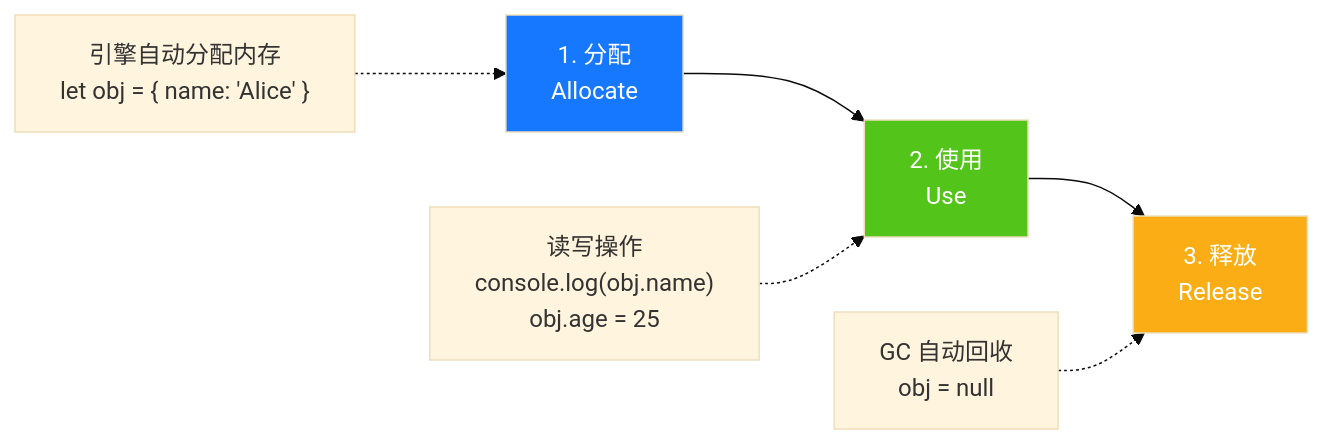
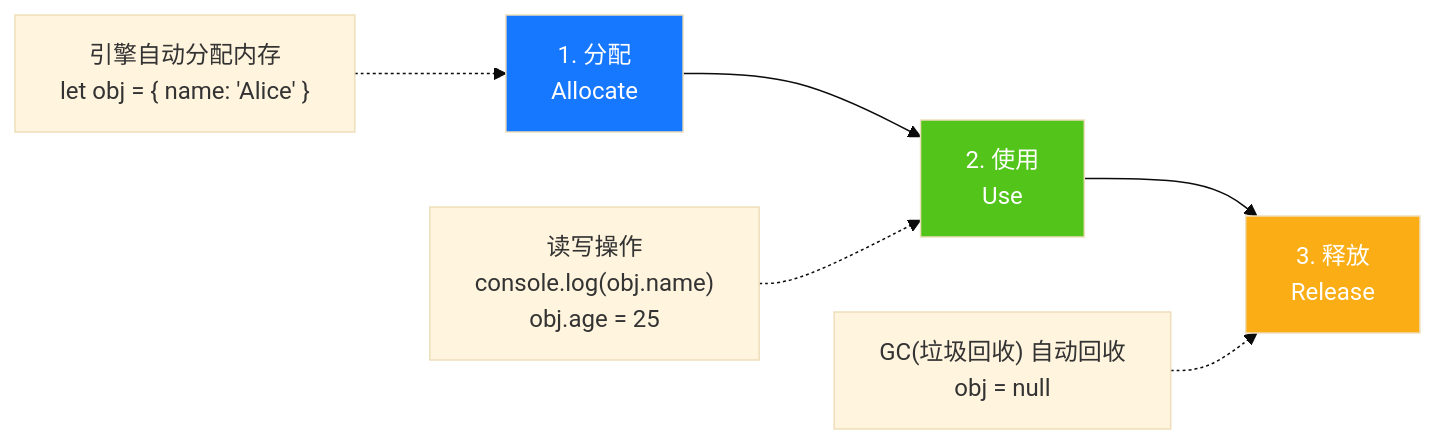
Before and after one commit to mansteinr/note-book: the first of 17 diagrams in JavaScript/JavaScript垃圾回收机制详解.md, drawn with Mermaid (base theme). The commit also changed other lines of this file, not shown here.

````diff
--- a/JavaScript/JavaScript垃圾回收机制详解.md
+++ b/JavaScript/JavaScript垃圾回收机制详解.md
@@ -120,13 +120,13 @@
 ```mermaid
 flowchart LR
     A["1. 分配<br/>Allocate"] --> B["2. 使用<br/>Use"]
     B --> C["3. 释放<br/>Release"]
     
     A1["引擎自动分配内存<br/>let obj = { name: 'Alice' }"] -.-> A
     B1["读写操作<br/>console.log(obj.name)<br/>obj.age = 25"] -.-> B
-    C1["GC 自动回收<br/>obj = null"] -.-> C
+    C1["GC(垃圾回收) 自动回收<br/>obj = null"] -.-> C
     
     style A fill:#1677ff,color:#fff
     style B fill:#52c41a,color:#fff
     style C fill:#faad14,color:#fff
 ```
````
